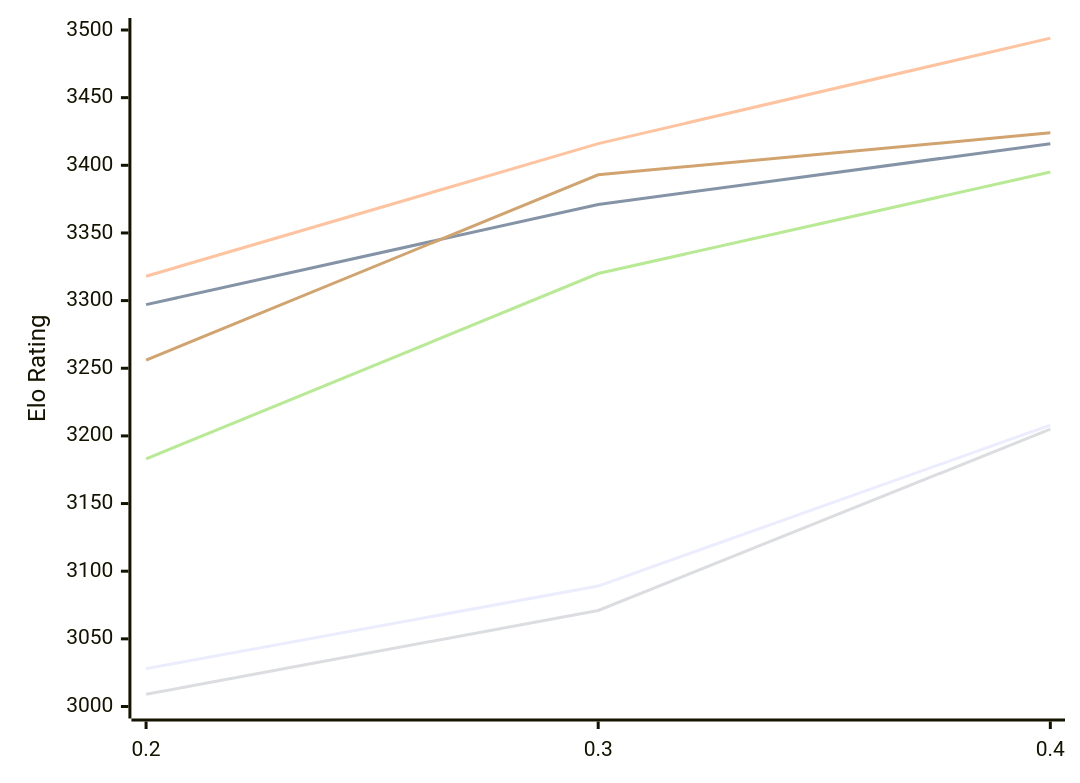
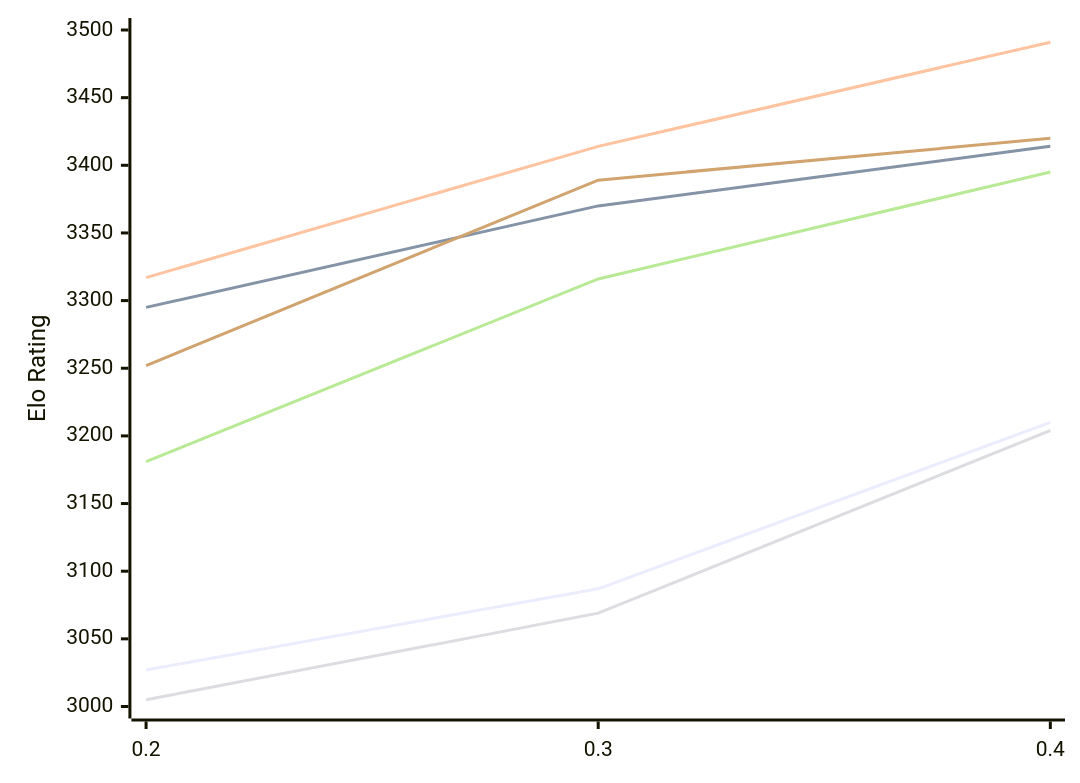
One commit to computer-chess-index/cci changed the diagram in engines/StockDory.md. Above: the diagram before and after it, drawn with Mermaid. The commit also changed other lines of this file, not shown here.

Commit message:
Update CCI Ratings (ELO VLTC) - 2026-11-19

````diff
--- a/engines/StockDory.md
+++ b/engines/StockDory.md
@@ -51,12 +51,12 @@
 ```mermaid
 %%{init: {"theme":"base","themeVariables":{"seriesColors:['#a3a3a3','#222221','#faa371']}}}%%
 xychart-beta
   x-axis ["0.2", "0.3", "0.4"]
   y-axis "Elo Rating" 3000 --> 3500
-  line "E1: STC (8.0+0.08s)" [3028, 3089, 3208]
-  line "E1: LTC (60.0+0.60s)" [3297, 3371, 3416]
-  line "E1: VLTC (2m24s+1.12s)" [3318, 3416, 3494]
-  line "P1: STC (8.0+0.08s)" [3009, 3071, 3205]
-  line "P1: LTC (60.0+0.60s)" [3183, 3320, 3395]
-  line "P1: VLTC (2m24s+1.12s)" [3256, 3393, 3424]
+  line "E1: STC (8.0+0.08s)" [3027, 3087, 3210]
+  line "E1: LTC (60.0+0.60s)" [3295, 3370, 3414]
+  line "E1: VLTC (2m24s+1.12s)" [3317, 3414, 3491]
+  line "P1: STC (8.0+0.08s)" [3005, 3069, 3204]
+  line "P1: LTC (60.0+0.60s)" [3181, 3316, 3395]
+  line "P1: VLTC (2m24s+1.12s)" [3252, 3389, 3420]
 ```
````
